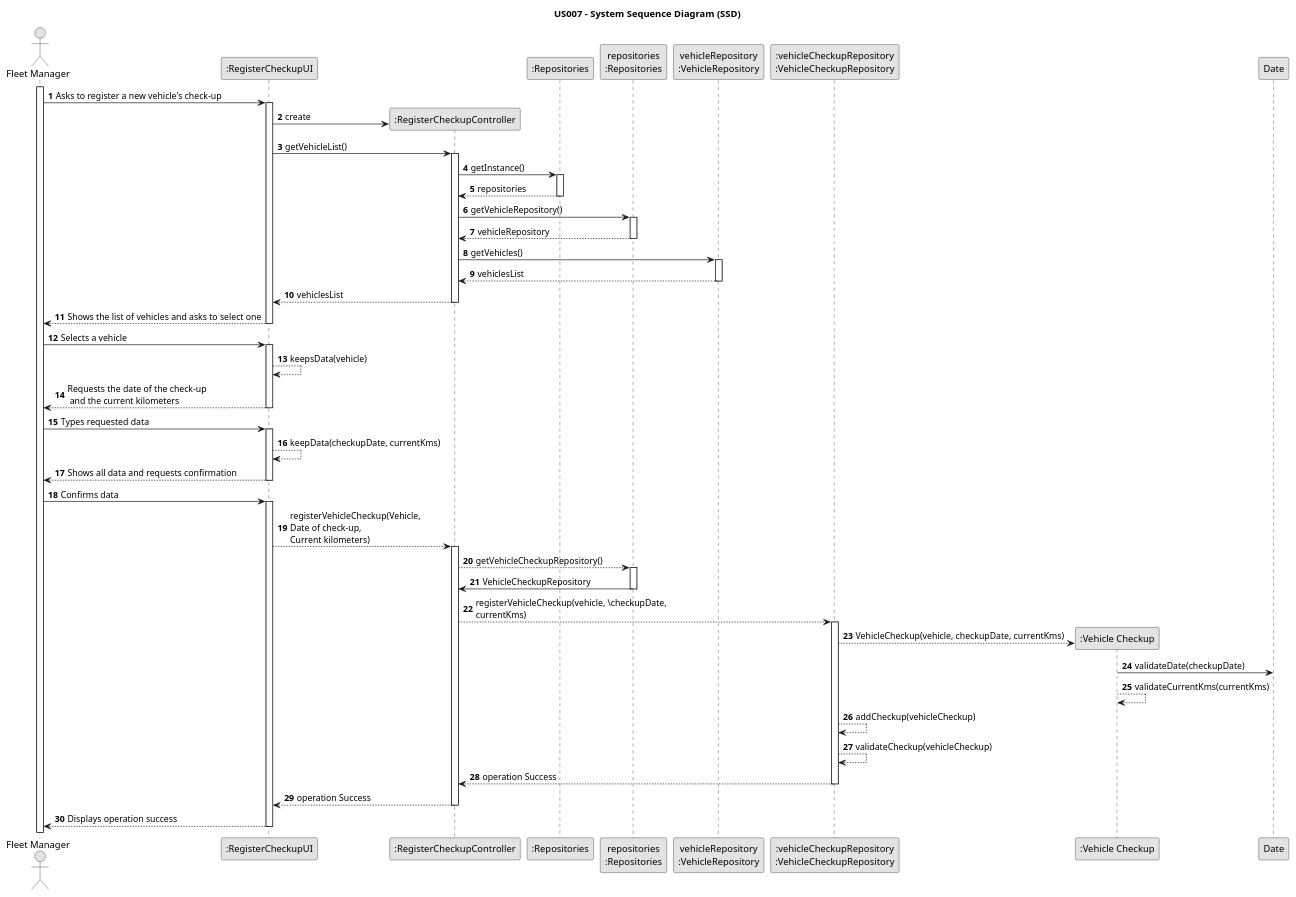
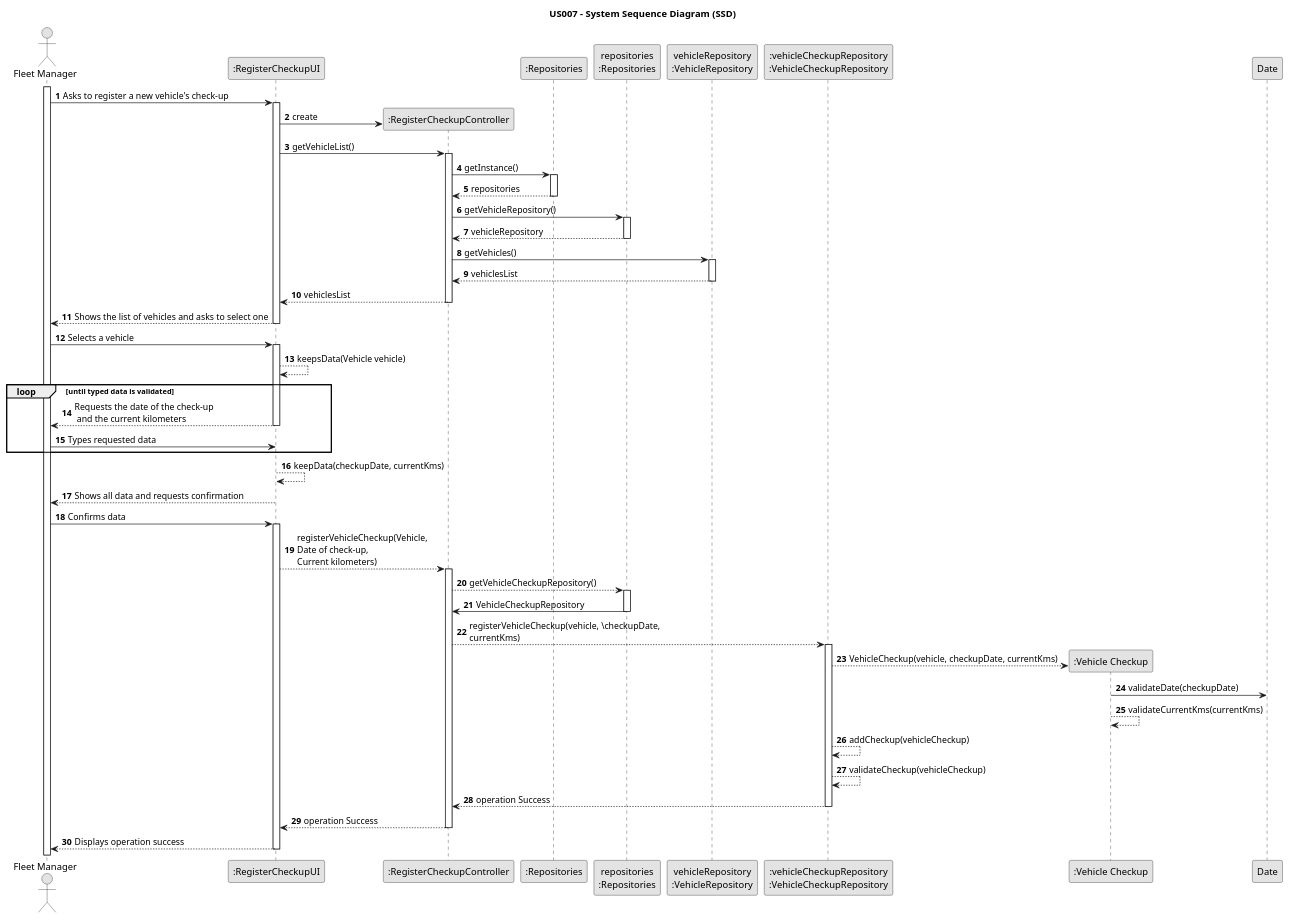
One commit to Rui-San/LAPR2_2023_2024 changed the diagram in docs/sprintB/us007/03.design/puml/us007-sequence-diagram-full.puml. Above: the diagram before and after it, drawn with PlantUML. The commit also changed 15 other files, not shown here.

Commit message:
US007: Small changes to Class diagram and Sequence Diagram

```diff
--- a/docs/sprintB/us007/03.design/puml/us007-sequence-diagram-full.puml
+++ b/docs/sprintB/us007/03.design/puml/us007-sequence-diagram-full.puml
@@ -1,98 +1,100 @@
 @startuml
 skinparam monochrome true
 skinparam packageStyle rectangle
 skinparam shadowing false
 
 title US007 - System Sequence Diagram (SSD)
 
 autonumber
 
 actor "Fleet Manager" as Employee
 participant ":RegisterCheckupUI" as UI
 participant ":RegisterCheckupController" as RCCtrl
 'participant "taskCategoryRepository:\nTaskCategoryRepository" as TaskCategoryRepository
 'participant ":ApplicationSession" as _APP
 'participant "appSession\n:ApplicationSession" as APP
 'participant "currentSession\n:UserSession" as SESSAO
 'participant "vehicleRepository:\nVehicleRepository" as VehicleRepository
 participant ":Repositories" as RepositorySingleton
 participant "repositories\n:Repositories" as PLAT
 participant "vehicleRepository\n:VehicleRepository" as VehicleRepository
 participant ":vehicleCheckupRepository\n:VehicleCheckupRepository" as VCRepo
 'participant "organizationRepository:\nOrganizationRepository" as OrganizationRepository
 participant ":Vehicle Checkup" as VCheckup
 participant "Date" as Date
 
 activate Employee
 
     Employee -> UI : Asks to register a new vehicle's check-up
     activate UI
 
         UI -> RCCtrl** : create
         UI -> RCCtrl : getVehicleList()
         activate RCCtrl
 
             RCCtrl -> RepositorySingleton : getInstance()
             activate RepositorySingleton
 
                 RepositorySingleton --> RCCtrl : repositories
             deactivate RepositorySingleton
             RCCtrl -> PLAT : getVehicleRepository()
             activate PLAT
 
                 PLAT --> RCCtrl : vehicleRepository
             deactivate PLAT
             RCCtrl -> VehicleRepository : getVehicles()
             activate VehicleRepository
 
                 VehicleRepository --> RCCtrl : vehiclesList
             deactivate VehicleRepository
             RCCtrl --> UI : vehiclesList
         deactivate RCCtrl
 
         UI --> Employee : Shows the list of vehicles and asks to select one
     deactivate UI
 
     Employee -> UI : Selects a vehicle
     activate UI
 
-        UI --> UI : keepsData(vehicle)
+        UI --> UI : keepsData(Vehicle vehicle)
+    loop until typed data is validated
         UI --> Employee : Requests the date of the check-up\n and the current kilometers
     deactivate UI
 
     Employee -> UI : Types requested data
+    end loop
     activate UI
 
         UI --> UI : keepData(checkupDate, currentKms)
         UI --> Employee : Shows all data and requests confirmation
     deactivate UI
 
     Employee -> UI : Confirms data
     activate UI
 
         UI --> RCCtrl : registerVehicleCheckup(Vehicle, \nDate of check-up, \nCurrent kilometers)
         activate RCCtrl
 
             RCCtrl --> PLAT : getVehicleCheckupRepository()
             activate PLAT
 
                 PLAT -> RCCtrl : VehicleCheckupRepository
             deactivate PLAT
             RCCtrl --> VCRepo : registerVehicleCheckup(vehicle, \checkupDate, \ncurrentKms)
             activate VCRepo
 
                 VCRepo --> VCheckup** : VehicleCheckup(vehicle, checkupDate, currentKms)
                 VCheckup -> Date : validateDate(checkupDate)
                 VCheckup --> VCheckup : validateCurrentKms(currentKms)
                 VCRepo --> VCRepo : addCheckup(vehicleCheckup)
                 VCRepo --> VCRepo : validateCheckup(vehicleCheckup)
                 VCRepo --> RCCtrl : operation Success
             deactivate VCRepo
 
             RCCtrl --> UI : operation Success
         deactivate RCCtrl
 
         UI --> Employee : Displays operation success
     deactivate UI
 
 @enduml
```
